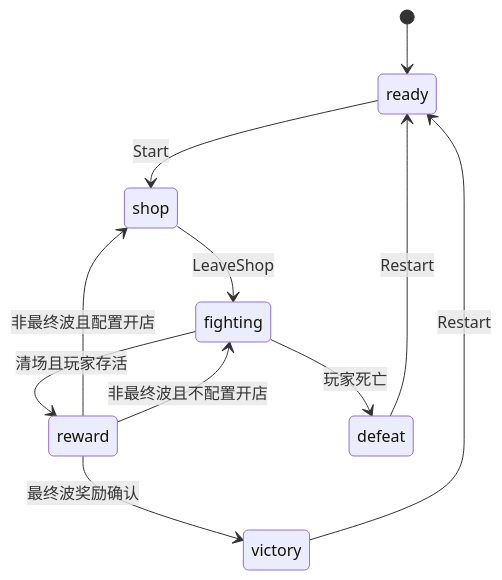
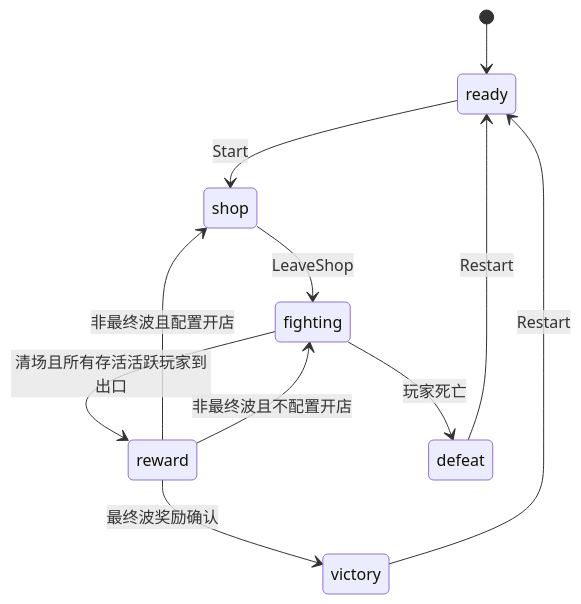
Before and after one commit to Amptyz/Odyssey: the second of 2 diagrams in docs/ARCHITECTURE.md, drawn with Mermaid. The commit also changed other lines of this file and 136 other files, not shown here.

````diff
--- a/docs/ARCHITECTURE.md
+++ b/docs/ARCHITECTURE.md
@@ -104,13 +111,13 @@
 ```mermaid
 stateDiagram-v2
   [*] --> ready
   ready --> shop: Start
   shop --> fighting: LeaveShop
-  fighting --> reward: 清场且玩家存活
+  fighting --> reward: 清场且所有存活活跃玩家到出口
   fighting --> defeat: 玩家死亡
   reward --> shop: 非最终波且配置开店
   reward --> fighting: 非最终波且不配置开店
   reward --> victory: 最终波奖励确认
   victory --> ready: Restart
   defeat --> ready: Restart
 ```
````
